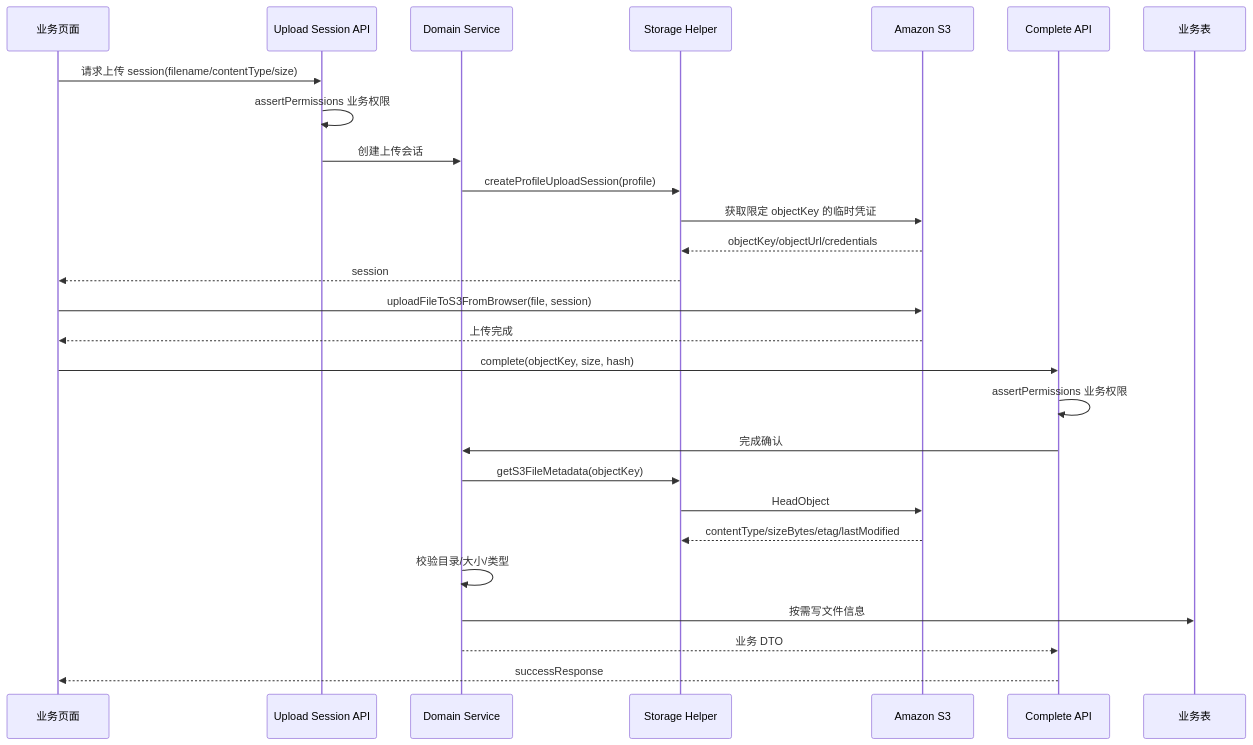
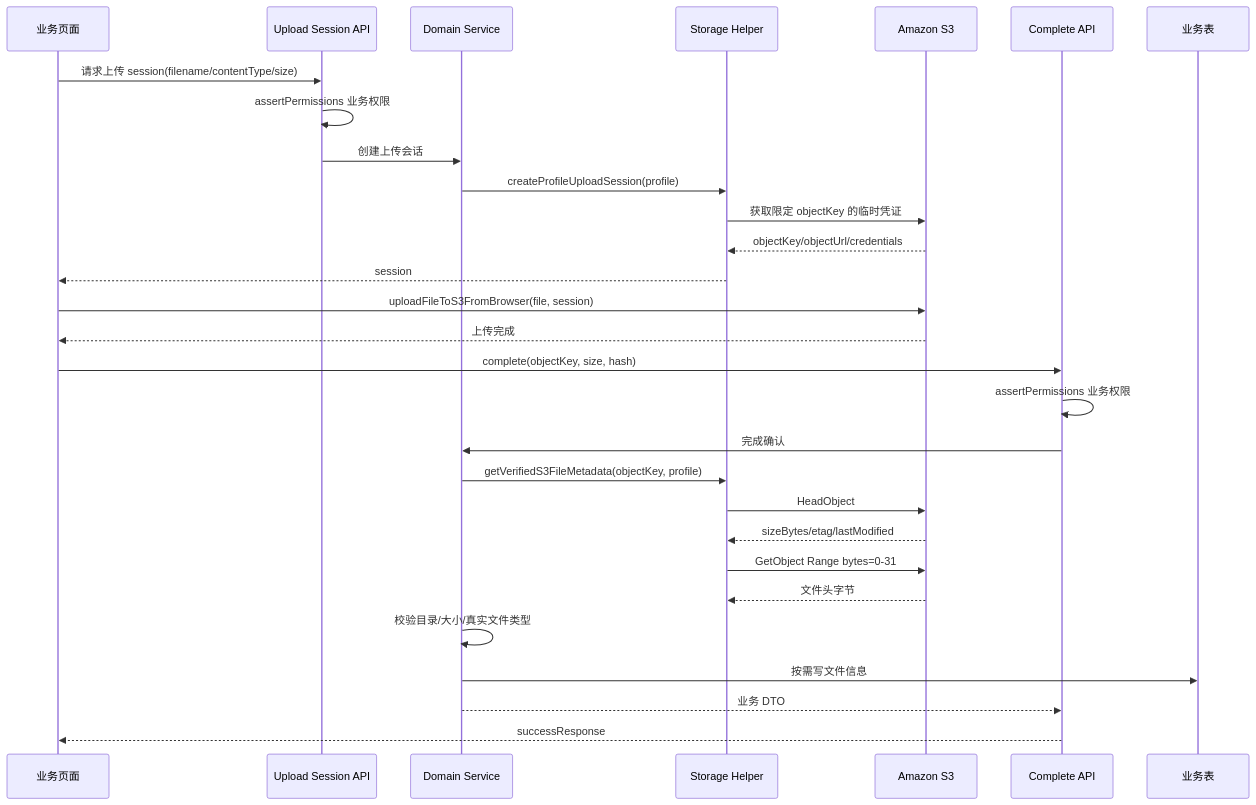
The third of 5 diagrams in .claude/docs/storage-s3-upload-guide.md (caidc8252/cloud-next-scaffold), drawn with Mermaid before and after one commit. The commit also changed other lines of this file and 5 other files, not shown here.

````diff
--- a/.claude/docs/storage-s3-upload-guide.md
+++ b/.claude/docs/storage-s3-upload-guide.md
@@ -190,30 +193,32 @@
 ```mermaid
 sequenceDiagram
   participant UI as 业务页面
   participant API1 as Upload Session API
   participant Service as Domain Service
   participant Helper as Storage Helper
   participant S3 as Amazon S3
   participant API2 as Complete API
   participant DB as 业务表
 
   UI->>API1: 请求上传 session(filename/contentType/size)
   API1->>API1: assertPermissions 业务权限
   API1->>Service: 创建上传会话
   Service->>Helper: createProfileUploadSession(profile)
   Helper->>S3: 获取限定 objectKey 的临时凭证
   S3-->>Helper: objectKey/objectUrl/credentials
   Helper-->>UI: session
   UI->>S3: uploadFileToS3FromBrowser(file, session)
   S3-->>UI: 上传完成
   UI->>API2: complete(objectKey, size, hash)
   API2->>API2: assertPermissions 业务权限
   API2->>Service: 完成确认
-  Service->>Helper: getS3FileMetadata(objectKey)
+  Service->>Helper: getVerifiedS3FileMetadata(objectKey, profile)
   Helper->>S3: HeadObject
-  S3-->>Helper: contentType/sizeBytes/etag/lastModified
-  Service->>Service: 校验目录/大小/类型
+  S3-->>Helper: sizeBytes/etag/lastModified
+  Helper->>S3: GetObject Range bytes=0-31
+  S3-->>Helper: 文件头字节
+  Service->>Service: 校验目录/大小/真实文件类型
   Service->>DB: 按需写文件信息
   Service-->>API2: 业务 DTO
   API2-->>UI: successResponse
 ```
````
